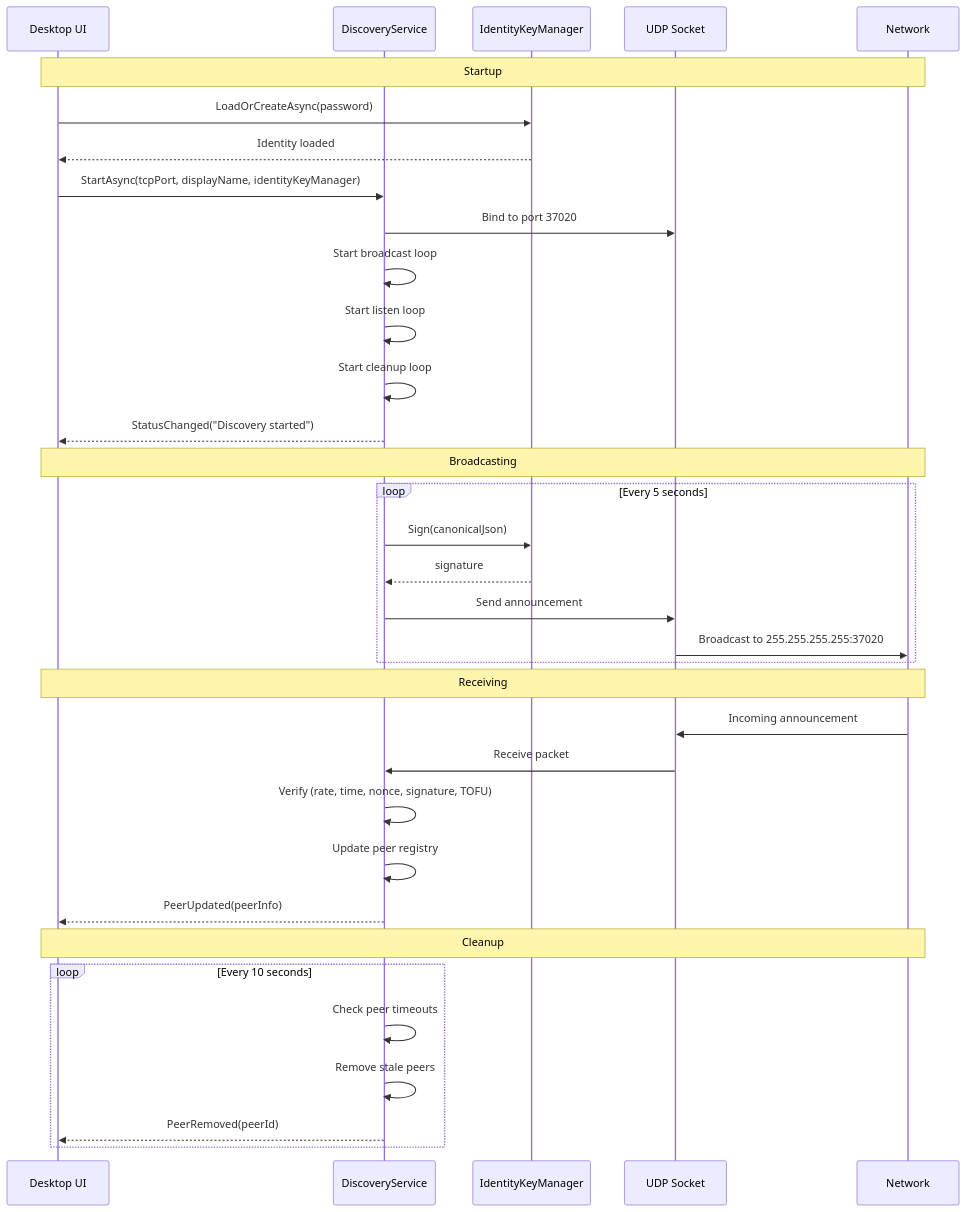
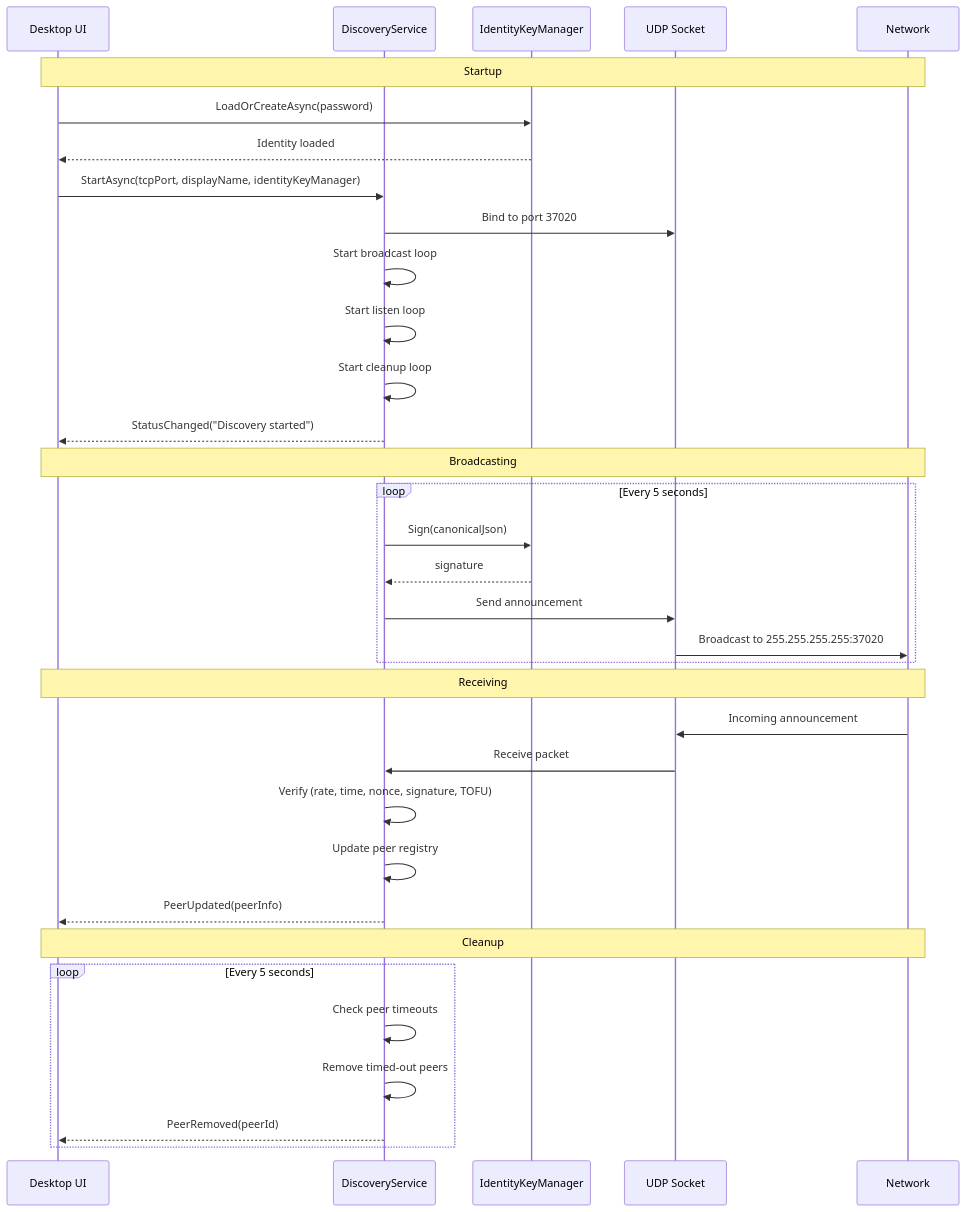
One commit to ozan2003/p2p_file_exchange changed the sixth of 6 diagrams in docs/peer-discovery.md. Above: the diagram before and after it, drawn with Mermaid. The commit also changed other lines of this file and 2 other files, not shown here.

````diff
--- a/docs/peer-discovery.md
+++ b/docs/peer-discovery.md
@@ -284,40 +282,40 @@
 ```mermaid
 sequenceDiagram
     participant UI as Desktop UI
     participant DS as DiscoveryService
     participant IK as IdentityKeyManager
     participant UDP as UDP Socket
     participant Net as Network
     
     Note over UI,Net: Startup
     UI->>IK: LoadOrCreateAsync(password)
     IK-->>UI: Identity loaded
     UI->>DS: StartAsync(tcpPort, displayName, identityKeyManager)
     DS->>UDP: Bind to port 37020
     DS->>DS: Start broadcast loop
     DS->>DS: Start listen loop
     DS->>DS: Start cleanup loop
     DS-->>UI: StatusChanged("Discovery started")
     
     Note over UI,Net: Broadcasting
     loop Every 5 seconds
         DS->>IK: Sign(canonicalJson)
         IK-->>DS: signature
         DS->>UDP: Send announcement
         UDP->>Net: Broadcast to 255.255.255.255:37020
     end
     
     Note over UI,Net: Receiving
     Net->>UDP: Incoming announcement
     UDP->>DS: Receive packet
     DS->>DS: Verify (rate, time, nonce, signature, TOFU)
     DS->>DS: Update peer registry
     DS-->>UI: PeerUpdated(peerInfo)
     
     Note over UI,Net: Cleanup
-    loop Every 10 seconds
+    loop Every 5 seconds
         DS->>DS: Check peer timeouts
-        DS->>DS: Remove stale peers
+        DS->>DS: Remove timed-out peers
         DS-->>UI: PeerRemoved(peerId)
     end
 ```
````
